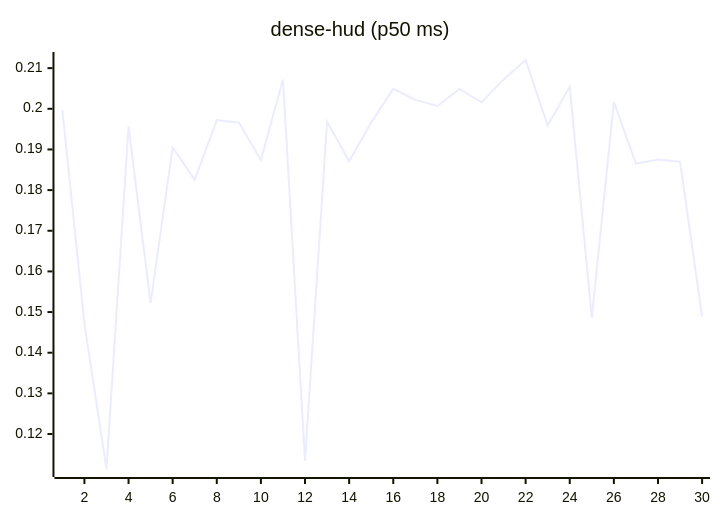
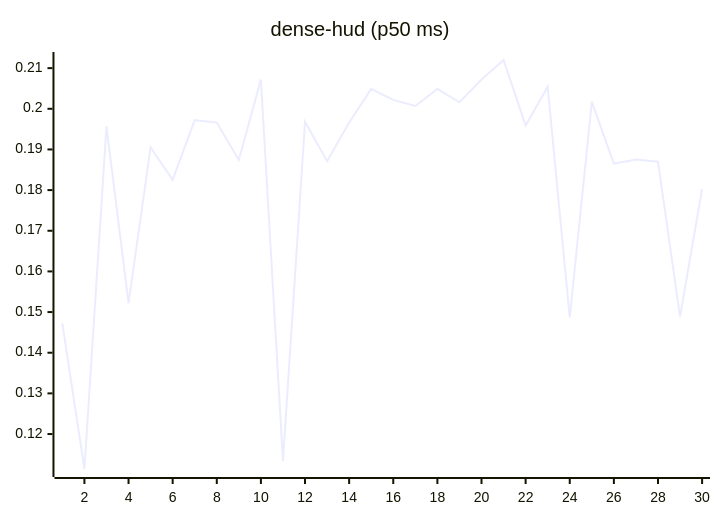
Before and after one commit to josha/Facet: the eighth of 27 diagrams in README.md, drawn with Mermaid. The commit also changed other lines of this file and 2 other files, not shown here.

````diff
--- a/README.md
+++ b/README.md
@@ -112,6 +112,6 @@
 ```mermaid
 xychart-beta
     title "dense-hud (p50 ms)"
     x-axis 1 --> 30
-    line [0.1997, 0.1472, 0.1114, 0.1957, 0.1522, 0.1905, 0.1825, 0.1972, 0.1966, 0.1874, 0.2072, 0.1134, 0.1968, 0.1871, 0.1966, 0.2049, 0.2022, 0.2007, 0.2049, 0.2016, 0.2072, 0.2120, 0.1959, 0.2054, 0.1486, 0.2017, 0.1865, 0.1875, 0.1870, 0.1489]
+    line [0.1472, 0.1114, 0.1957, 0.1522, 0.1905, 0.1825, 0.1972, 0.1966, 0.1874, 0.2072, 0.1134, 0.1968, 0.1871, 0.1966, 0.2049, 0.2022, 0.2007, 0.2049, 0.2016, 0.2072, 0.2120, 0.1959, 0.2054, 0.1486, 0.2017, 0.1865, 0.1875, 0.1870, 0.1489, 0.1803]
 ```
````
